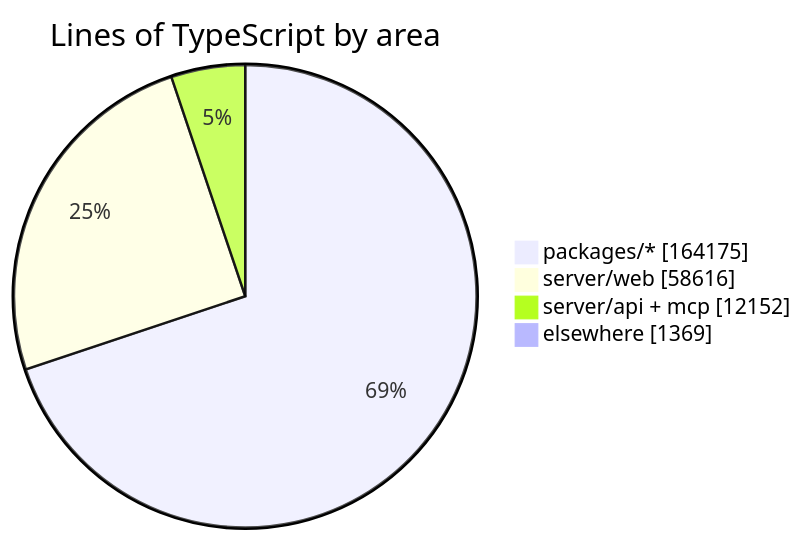
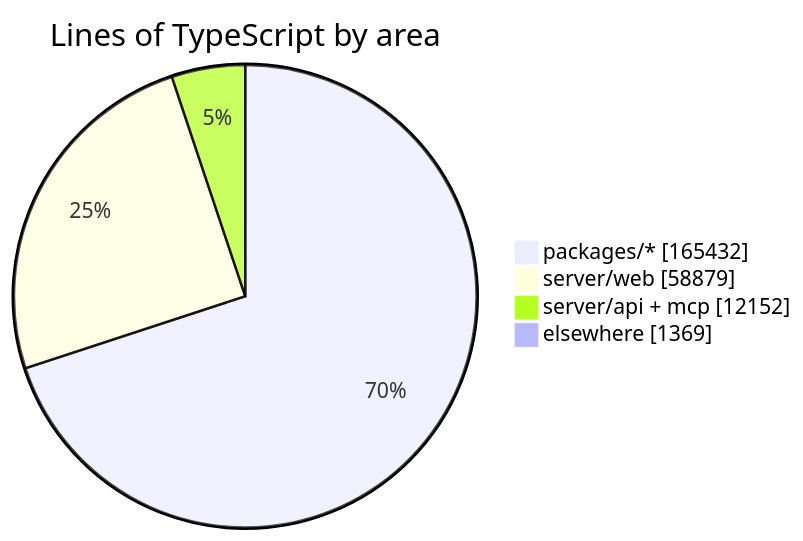
One commit to crossworks-engineering/mantle changed the diagram in README.md. Above: the diagram before and after it, drawn with Mermaid. The commit also changed other lines of this file and 2 other files, not shown here.

````diff
--- a/README.md
+++ b/README.md
@@ -279,7 +279,7 @@
 ```mermaid
 pie showData title Lines of TypeScript by area
-    "packages/*" : 164175
-    "server/web" : 58616
+    "packages/*" : 165432
+    "server/web" : 58879
     "server/api + mcp" : 12152
     "elsewhere" : 1369
 ```
````
